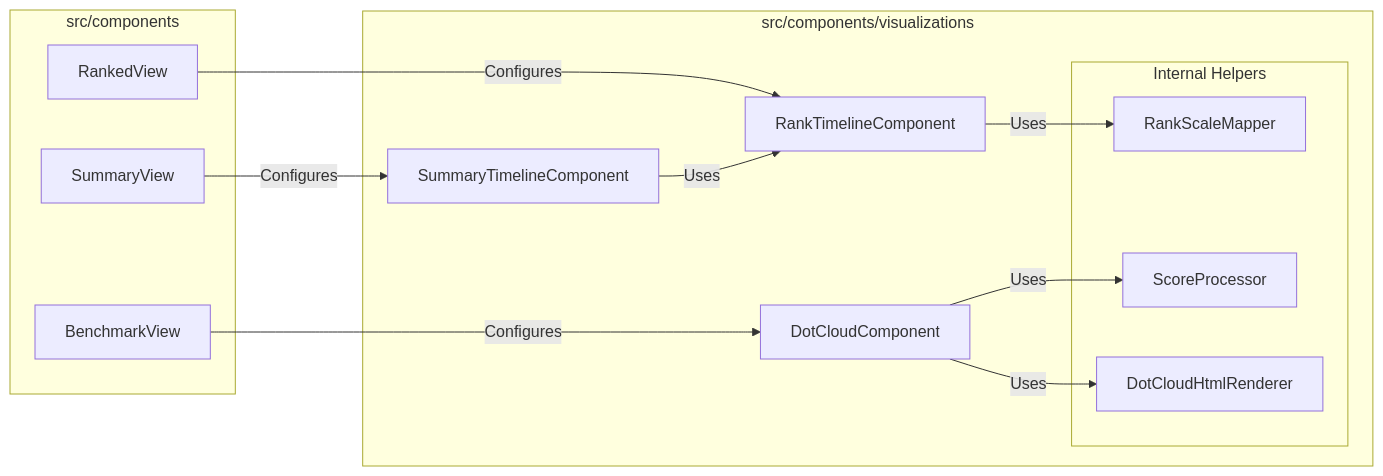
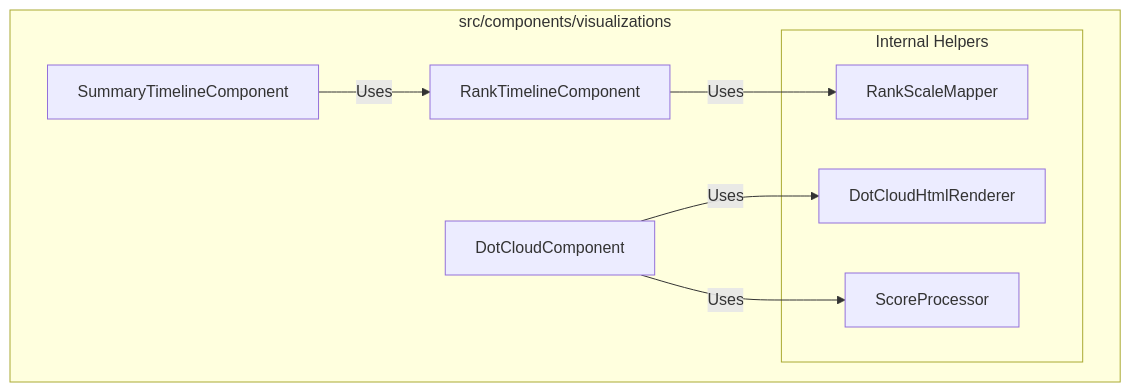
Before and after one commit to H1410101/raw_output: the second of 2 diagrams in src/components/visualizations/_docs.md, drawn with Mermaid. The commit also changed other lines of this file and 7 other files, not shown here.

Commit message:
docs: finalize embedded documentation structure with internal interaction diagrams

````diff
--- a/src/components/visualizations/_docs.md
+++ b/src/components/visualizations/_docs.md
@@ -5,29 +42,19 @@
 ```mermaid
-graph LR
-    subgraph "src/components"
-        RankedView
-        BenchmarkView
-        SummaryView
-    end
-
+graph TD
     subgraph "src/components/visualizations"
         RankTimelineComponent
         SummaryTimelineComponent
         DotCloudComponent
         
         subgraph "Internal Helpers"
             RankScaleMapper
             ScoreProcessor
             DotCloudHtmlRenderer
         end
     end
 
-    RankedView -->|Configures| RankTimelineComponent
-    SummaryView -->|Configures| SummaryTimelineComponent
-    BenchmarkView -->|Configures| DotCloudComponent
-    
     RankTimelineComponent -->|Uses| RankScaleMapper
     SummaryTimelineComponent -->|Uses| RankTimelineComponent
     DotCloudComponent -->|Uses| DotCloudHtmlRenderer
     DotCloudComponent -->|Uses| ScoreProcessor
 ```
````
